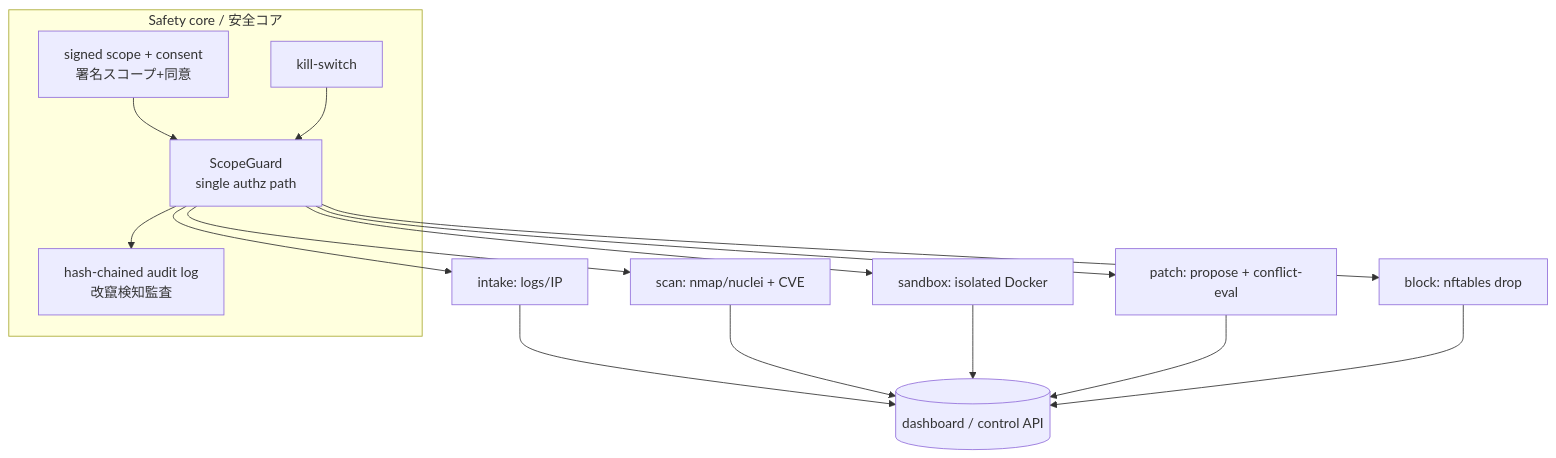
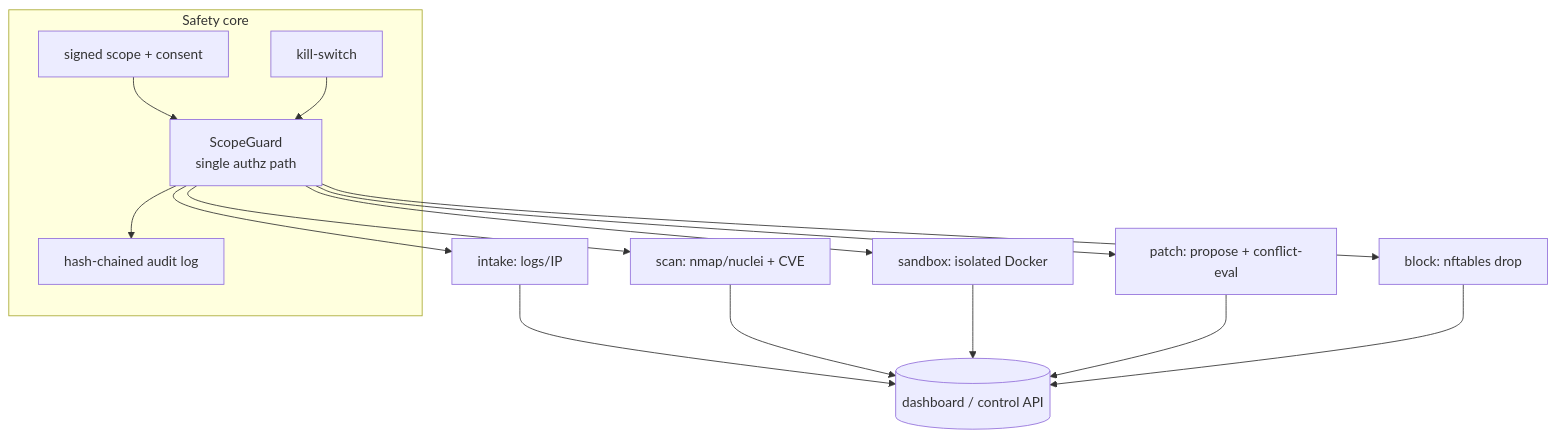
The second of 6 diagrams in docs/WHITEPAPER.md (Hirasawakazumaz/BOGYO), drawn with Mermaid before and after one commit. The commit also changed other lines of this file and 14 other files, not shown here.

````diff
--- a/docs/WHITEPAPER.md
+++ b/docs/WHITEPAPER.md
@@ -55,22 +48,22 @@
 ```mermaid
 flowchart TB
-    subgraph Safety core / 安全コア
-      SC[signed scope + consent<br/>署名スコープ+同意]
+    subgraph Safety core
+      SC[signed scope + consent]
       G[ScopeGuard<br/>single authz path]
-      AU[hash-chained audit log<br/>改竄検知監査]
+      AU[hash-chained audit log]
       KS[kill-switch]
       SC --> G
       G --> AU
       KS --> G
     end
     G --> INTAKE[intake: logs/IP]
     G --> SCAN[scan: nmap/nuclei + CVE]
     G --> SBX[sandbox: isolated Docker]
     G --> PATCH[patch: propose + conflict-eval]
     G --> BLOCK[block: nftables drop]
     INTAKE --> DASH[(dashboard / control API)]
     SCAN --> DASH
     SBX --> DASH
     PATCH --> DASH
     BLOCK --> DASH
 ```
````
